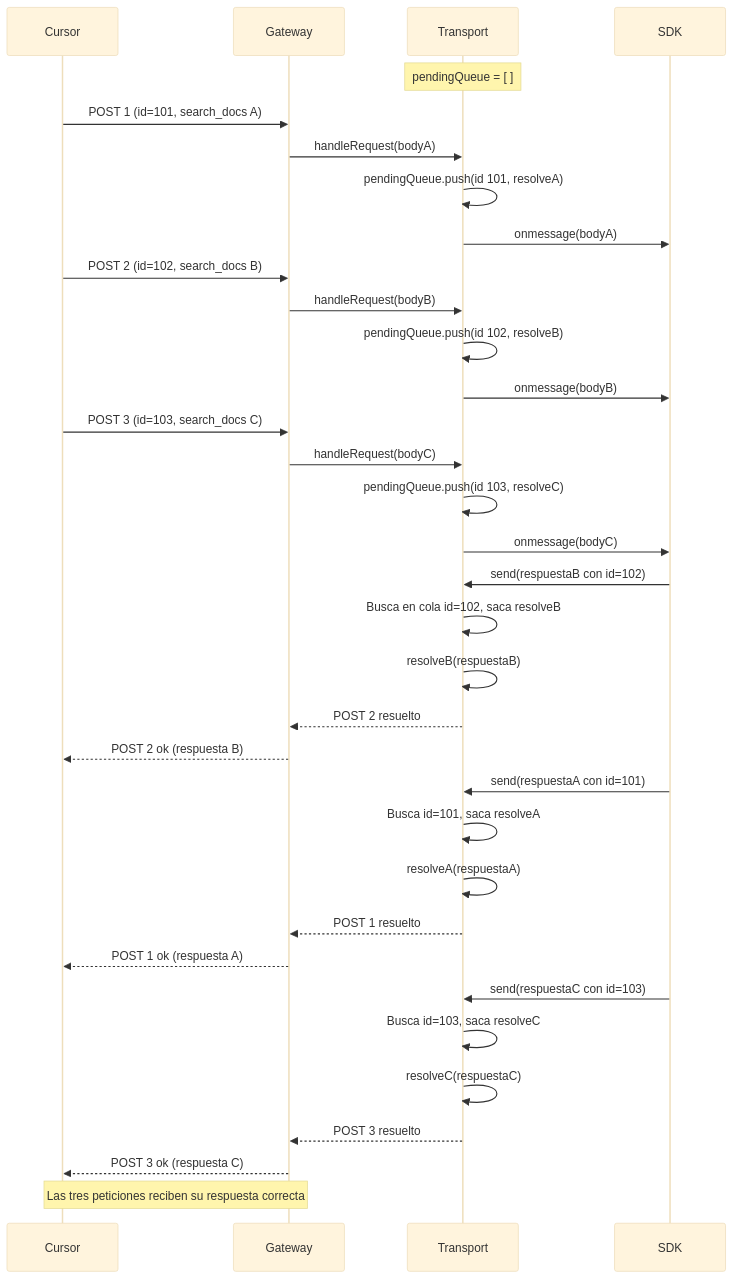
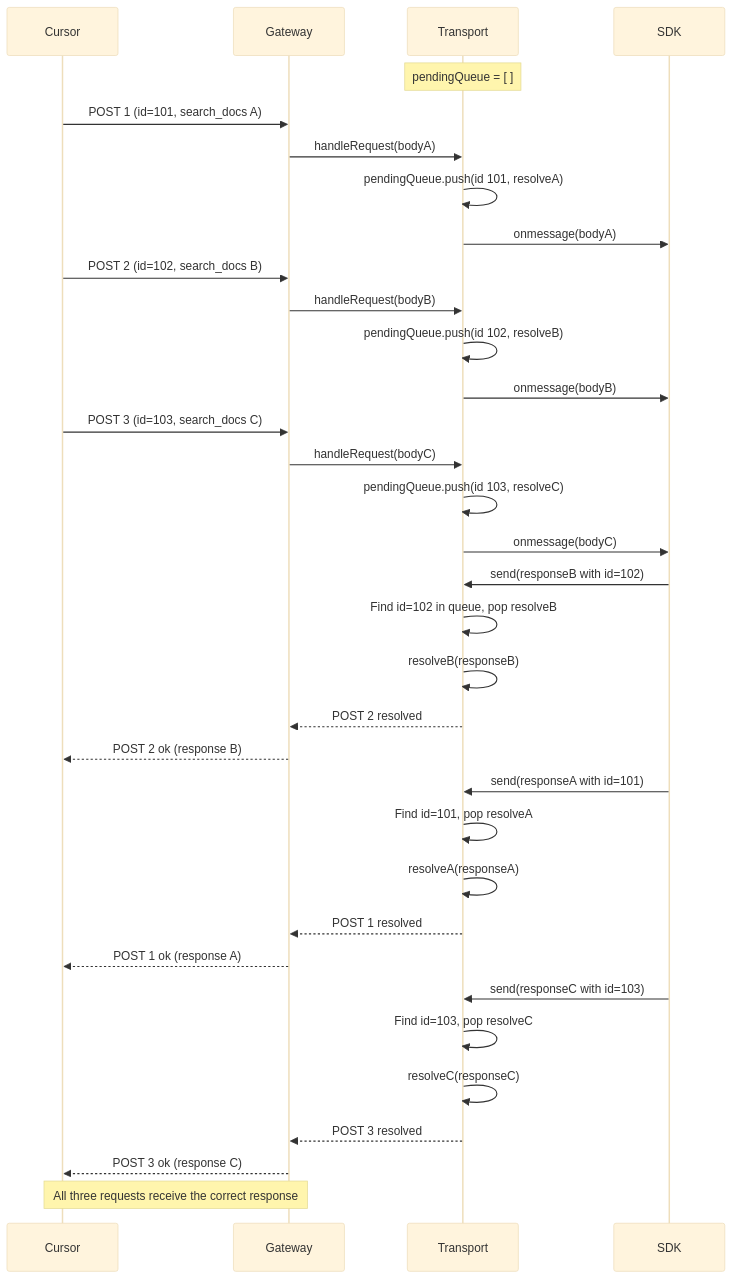
One commit to gustavosinbandera/MCP-SERVER changed the second of 3 diagrams in docs/diagrama-solucion-mcp-search-docs.md. Above: the diagram before and after it, drawn with Mermaid (base theme). The commit also changed other lines of this file and 104 other files, not shown here.

````diff
--- a/docs/diagrama-solucion-mcp-search-docs.md
+++ b/docs/diagrama-solucion-mcp-search-docs.md
@@ -45,44 +45,44 @@
 ```mermaid
 sequenceDiagram
   participant Cursor
   participant Gateway
   participant Transport
   participant SDK
 
   Note over Transport: pendingQueue = [ ]
 
   Cursor->>Gateway: POST 1 (id=101, search_docs A)
   Gateway->>Transport: handleRequest(bodyA)
   Transport->>Transport: pendingQueue.push(id 101, resolveA)
   Transport->>SDK: onmessage(bodyA)
 
   Cursor->>Gateway: POST 2 (id=102, search_docs B)
   Gateway->>Transport: handleRequest(bodyB)
   Transport->>Transport: pendingQueue.push(id 102, resolveB)
   Transport->>SDK: onmessage(bodyB)
 
   Cursor->>Gateway: POST 3 (id=103, search_docs C)
   Gateway->>Transport: handleRequest(bodyC)
   Transport->>Transport: pendingQueue.push(id 103, resolveC)
   Transport->>SDK: onmessage(bodyC)
 
-  SDK->>Transport: send(respuestaB con id=102)
-  Transport->>Transport: Busca en cola id=102, saca resolveB
-  Transport->>Transport: resolveB(respuestaB)
-  Transport-->>Gateway: POST 2 resuelto
-  Gateway-->>Cursor: POST 2 ok (respuesta B)
+  SDK->>Transport: send(responseB with id=102)
+  Transport->>Transport: Find id=102 in queue, pop resolveB
+  Transport->>Transport: resolveB(responseB)
+  Transport-->>Gateway: POST 2 resolved
+  Gateway-->>Cursor: POST 2 ok (response B)
 
-  SDK->>Transport: send(respuestaA con id=101)
-  Transport->>Transport: Busca id=101, saca resolveA
-  Transport->>Transport: resolveA(respuestaA)
-  Transport-->>Gateway: POST 1 resuelto
-  Gateway-->>Cursor: POST 1 ok (respuesta A)
+  SDK->>Transport: send(responseA with id=101)
+  Transport->>Transport: Find id=101, pop resolveA
+  Transport->>Transport: resolveA(responseA)
+  Transport-->>Gateway: POST 1 resolved
+  Gateway-->>Cursor: POST 1 ok (response A)
 
-  SDK->>Transport: send(respuestaC con id=103)
-  Transport->>Transport: Busca id=103, saca resolveC
-  Transport->>Transport: resolveC(respuestaC)
-  Transport-->>Gateway: POST 3 resuelto
-  Gateway-->>Cursor: POST 3 ok (respuesta C)
+  SDK->>Transport: send(responseC with id=103)
+  Transport->>Transport: Find id=103, pop resolveC
+  Transport->>Transport: resolveC(responseC)
+  Transport-->>Gateway: POST 3 resolved
+  Gateway-->>Cursor: POST 3 ok (response C)
 
-  Note over Cursor,Gateway: Las tres peticiones reciben su respuesta correcta
+  Note over Cursor,Gateway: All three requests receive the correct response
 ```
````
